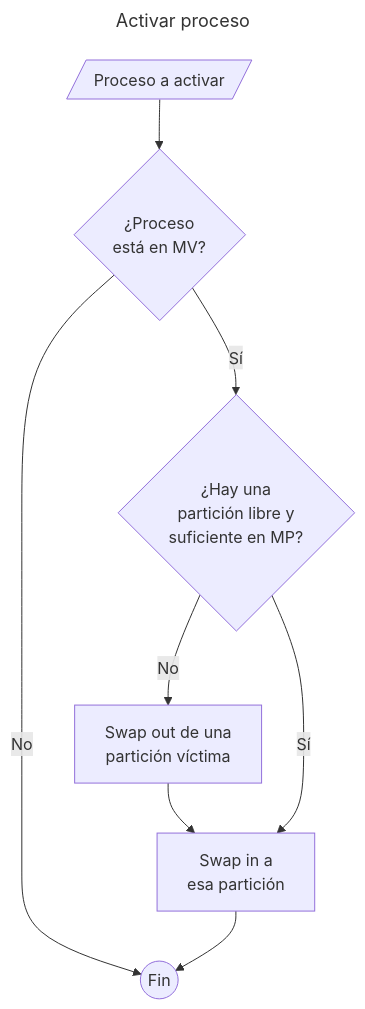
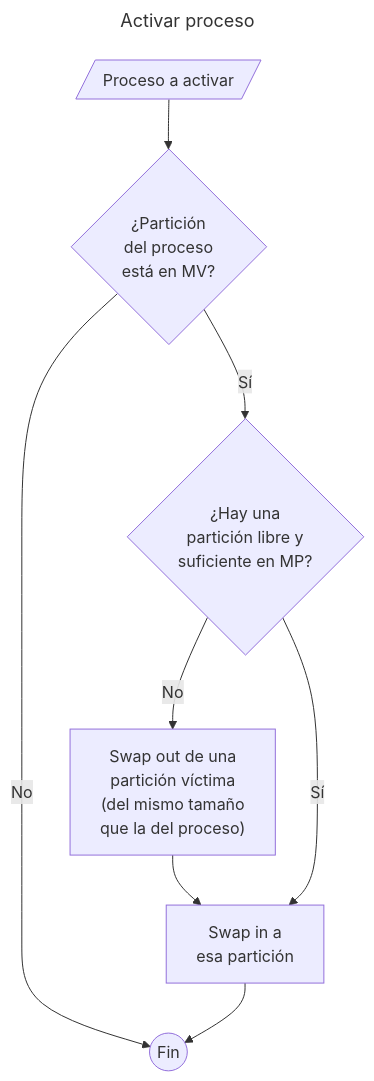
Before and after one commit to agustinbravop/utn-sims: the diagram in docs/activar-proceso.mmd, drawn with Mermaid. The commit also changed 5 other files, not shown here.

```diff
--- a/docs/activar-proceso.mmd
+++ b/docs/activar-proceso.mmd
@@ -1,11 +1,11 @@
 ---
 title: Activar proceso
 ---
 flowchart TD
     H[/Proceso a activar/]
-    H --> I{"¿Proceso \n está en MV?"}
+    H --> I{"¿Partición \ndel proceso \n está en MV?"}
     I -- No --> Z
-    M -- No --> N[Swap out de una \n partición víctima] --> P
+    M -- No --> N["Swap out de una \n partición víctima\n (del mismo tamaño \n que la del proceso)"] --> P
     I -- Sí --> M{"¿Hay una \n partición libre y \n suficiente en MP?"}
     M -- Sí --> P[Swap in a \nesa partición] --> Z
     Z((Fin))
```
